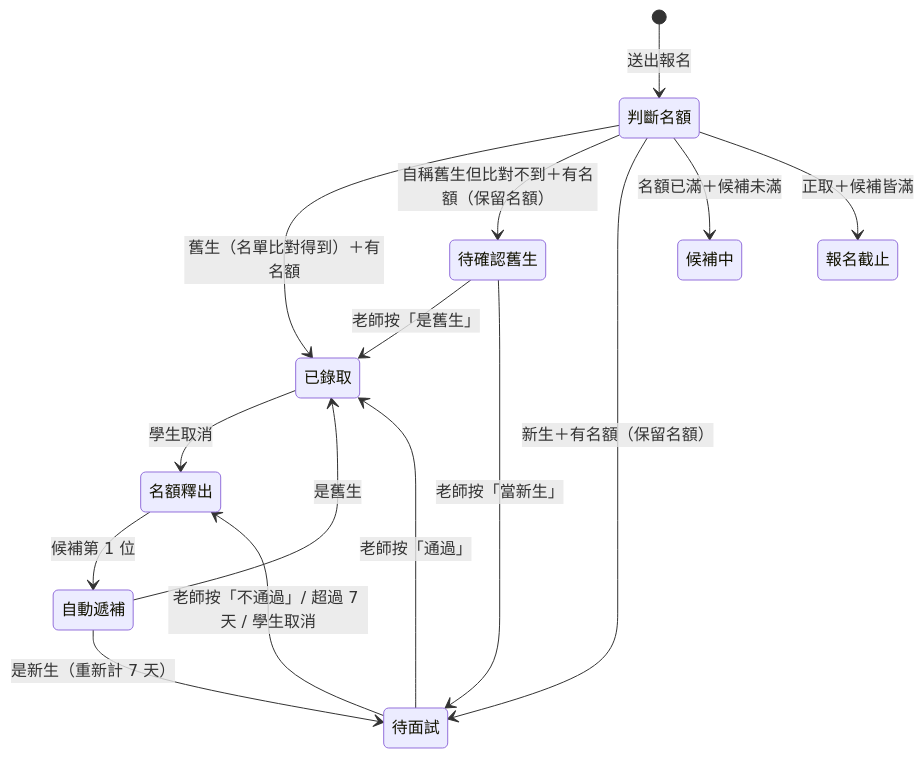
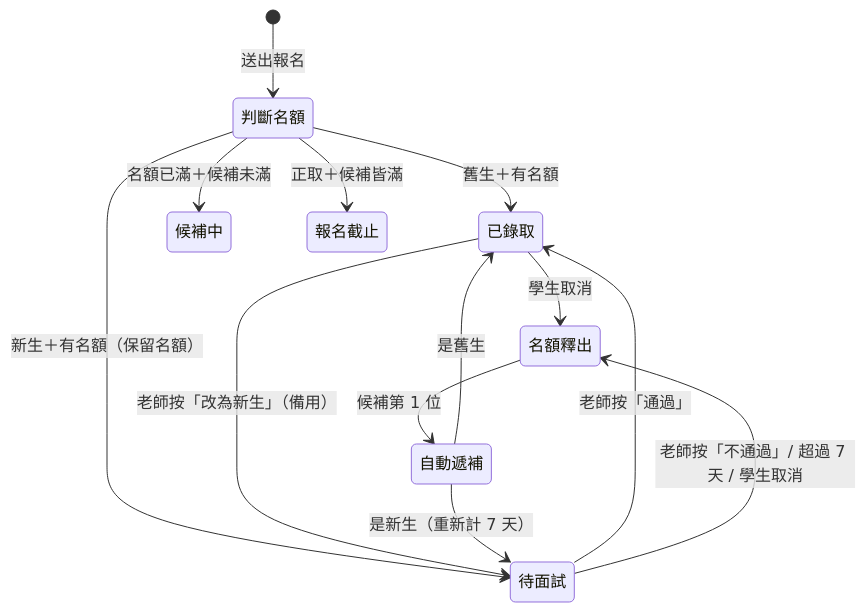
The diagram in docs/retreat-signup-flow.md (vivian8707/vivian-yoga), drawn with Mermaid before and after one commit. The commit also changed other lines of this file, not shown here.

````diff
--- a/docs/retreat-signup-flow.md
+++ b/docs/retreat-signup-flow.md
@@ -54,20 +51,17 @@
 ```mermaid
 stateDiagram-v2
     [*] --> 判斷名額: 送出報名
-    判斷名額 --> 已錄取: 舊生（名單比對得到）＋有名額
-    判斷名額 --> 待確認舊生: 自稱舊生但比對不到＋有名額（保留名額）
+    判斷名額 --> 已錄取: 舊生＋有名額
     判斷名額 --> 待面試: 新生＋有名額（保留名額）
-
-    待確認舊生 --> 已錄取: 老師按「是舊生」
-    待確認舊生 --> 待面試: 老師按「當新生」
     判斷名額 --> 候補中: 名額已滿＋候補未滿
     判斷名額 --> 報名截止: 正取＋候補皆滿
 
     待面試 --> 已錄取: 老師按「通過」
     待面試 --> 名額釋出: 老師按「不通過」/ 超過 7 天 / 學生取消
     已錄取 --> 名額釋出: 學生取消
+    已錄取 --> 待面試: 老師按「改為新生」（備用）
 
     名額釋出 --> 自動遞補: 候補第 1 位
     自動遞補 --> 已錄取: 是舊生
     自動遞補 --> 待面試: 是新生（重新計 7 天）
 ```
````
